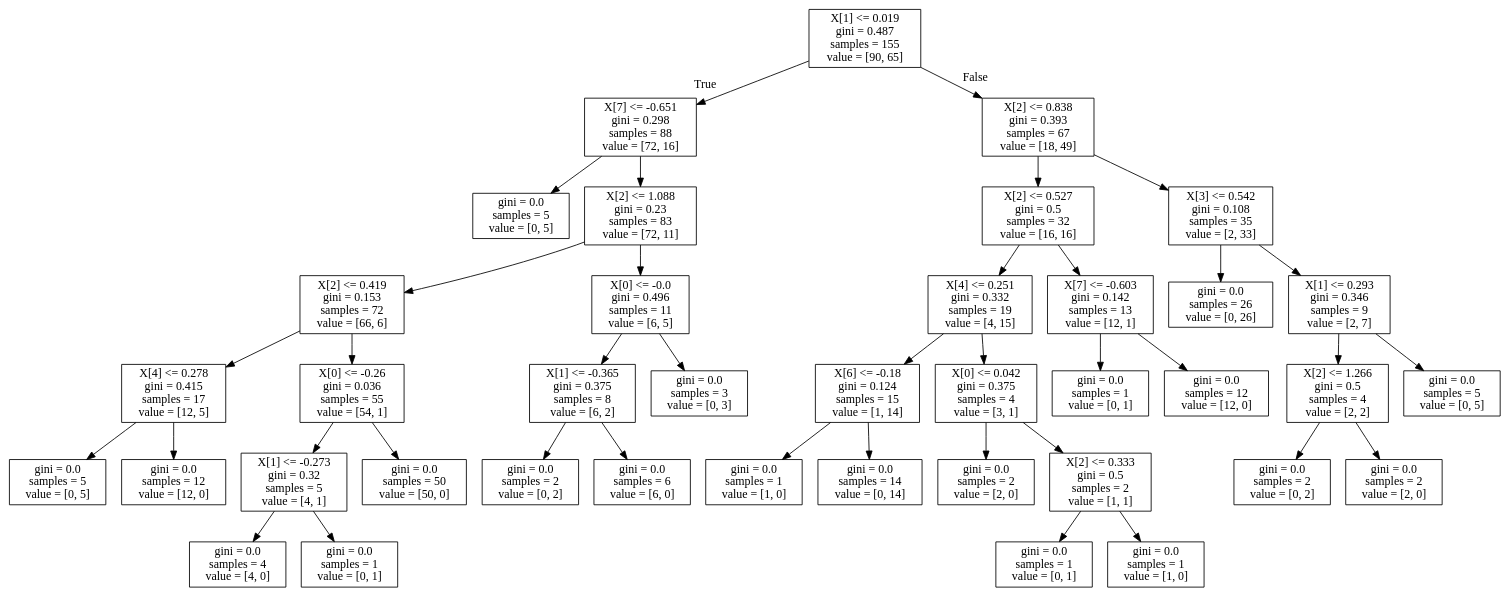
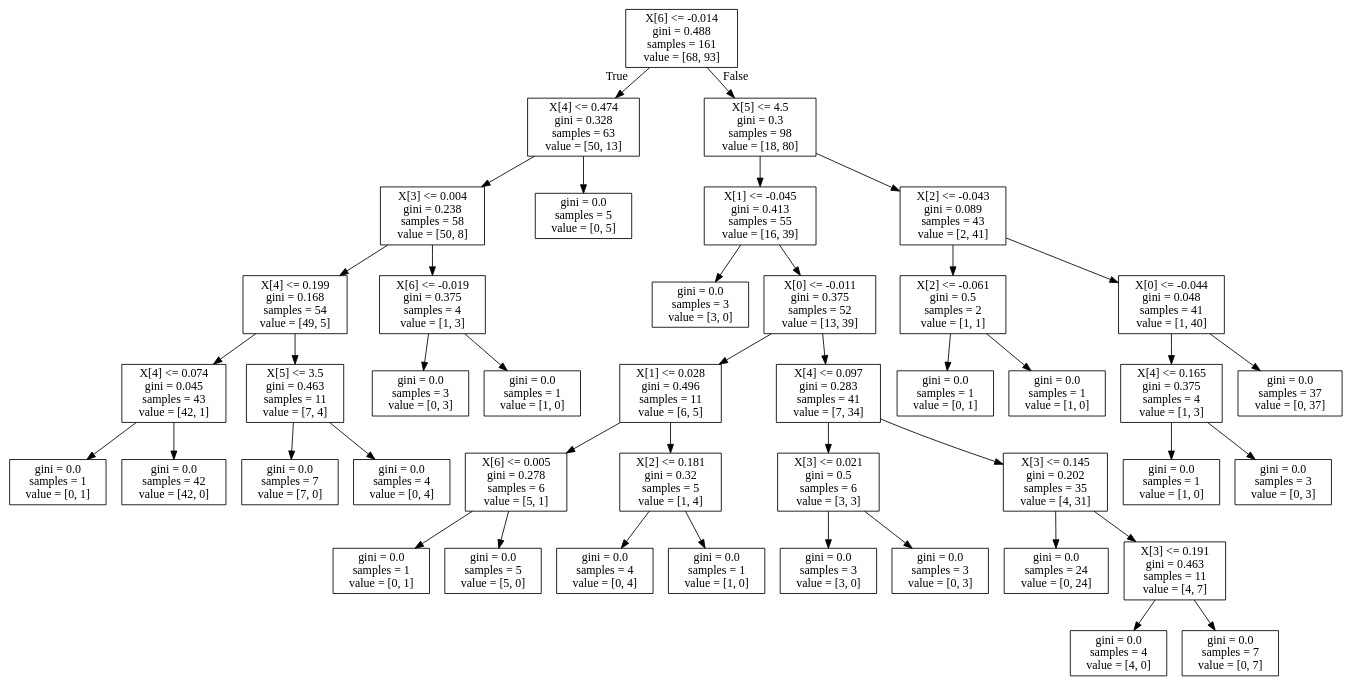
The diagram in tre.dot (LimboRift/wkzq), drawn with Graphviz before and after one commit. The commit also changed 49 other files, not shown here.

```diff
--- a/tre.dot
+++ b/tre.dot
@@ -1,80 +1,88 @@
 digraph Tree {
 node [shape=box] ;
-0 [label="X[1] <= 0.019\ngini = 0.487\nsamples = 155\nvalue = [90, 65]"] ;
-1 [label="X[7] <= -0.651\ngini = 0.298\nsamples = 88\nvalue = [72, 16]"] ;
+0 [label="X[6] <= -0.014\ngini = 0.488\nsamples = 161\nvalue = [68, 93]"] ;
+1 [label="X[4] <= 0.474\ngini = 0.328\nsamples = 63\nvalue = [50, 13]"] ;
 0 -> 1 [labeldistance=2.5, labelangle=45, headlabel="True"] ;
-2 [label="gini = 0.0\nsamples = 5\nvalue = [0, 5]"] ;
+2 [label="X[3] <= 0.004\ngini = 0.238\nsamples = 58\nvalue = [50, 8]"] ;
 1 -> 2 ;
-3 [label="X[2] <= 1.088\ngini = 0.23\nsamples = 83\nvalue = [72, 11]"] ;
-1 -> 3 ;
-4 [label="X[2] <= 0.419\ngini = 0.153\nsamples = 72\nvalue = [66, 6]"] ;
+3 [label="X[4] <= 0.199\ngini = 0.168\nsamples = 54\nvalue = [49, 5]"] ;
+2 -> 3 ;
+4 [label="X[4] <= 0.074\ngini = 0.045\nsamples = 43\nvalue = [42, 1]"] ;
 3 -> 4 ;
-5 [label="X[4] <= 0.278\ngini = 0.415\nsamples = 17\nvalue = [12, 5]"] ;
+5 [label="gini = 0.0\nsamples = 1\nvalue = [0, 1]"] ;
 4 -> 5 ;
-6 [label="gini = 0.0\nsamples = 5\nvalue = [0, 5]"] ;
-5 -> 6 ;
-7 [label="gini = 0.0\nsamples = 12\nvalue = [12, 0]"] ;
-5 -> 7 ;
-8 [label="X[0] <= -0.26\ngini = 0.036\nsamples = 55\nvalue = [54, 1]"] ;
-4 -> 8 ;
-9 [label="X[1] <= -0.273\ngini = 0.32\nsamples = 5\nvalue = [4, 1]"] ;
-8 -> 9 ;
-10 [label="gini = 0.0\nsamples = 4\nvalue = [4, 0]"] ;
-9 -> 10 ;
-11 [label="gini = 0.0\nsamples = 1\nvalue = [0, 1]"] ;
-9 -> 11 ;
-12 [label="gini = 0.0\nsamples = 50\nvalue = [50, 0]"] ;
-8 -> 12 ;
-13 [label="X[0] <= -0.0\ngini = 0.496\nsamples = 11\nvalue = [6, 5]"] ;
-3 -> 13 ;
-14 [label="X[1] <= -0.365\ngini = 0.375\nsamples = 8\nvalue = [6, 2]"] ;
-13 -> 14 ;
-15 [label="gini = 0.0\nsamples = 2\nvalue = [0, 2]"] ;
+6 [label="gini = 0.0\nsamples = 42\nvalue = [42, 0]"] ;
+4 -> 6 ;
+7 [label="X[5] <= 3.5\ngini = 0.463\nsamples = 11\nvalue = [7, 4]"] ;
+3 -> 7 ;
+8 [label="gini = 0.0\nsamples = 7\nvalue = [7, 0]"] ;
+7 -> 8 ;
+9 [label="gini = 0.0\nsamples = 4\nvalue = [0, 4]"] ;
+7 -> 9 ;
+10 [label="X[6] <= -0.019\ngini = 0.375\nsamples = 4\nvalue = [1, 3]"] ;
+2 -> 10 ;
+11 [label="gini = 0.0\nsamples = 3\nvalue = [0, 3]"] ;
+10 -> 11 ;
+12 [label="gini = 0.0\nsamples = 1\nvalue = [1, 0]"] ;
+10 -> 12 ;
+13 [label="gini = 0.0\nsamples = 5\nvalue = [0, 5]"] ;
+1 -> 13 ;
+14 [label="X[5] <= 4.5\ngini = 0.3\nsamples = 98\nvalue = [18, 80]"] ;
+0 -> 14 [labeldistance=2.5, labelangle=-45, headlabel="False"] ;
+15 [label="X[1] <= -0.045\ngini = 0.413\nsamples = 55\nvalue = [16, 39]"] ;
 14 -> 15 ;
-16 [label="gini = 0.0\nsamples = 6\nvalue = [6, 0]"] ;
-14 -> 16 ;
-17 [label="gini = 0.0\nsamples = 3\nvalue = [0, 3]"] ;
-13 -> 17 ;
-18 [label="X[2] <= 0.838\ngini = 0.393\nsamples = 67\nvalue = [18, 49]"] ;
-0 -> 18 [labeldistance=2.5, labelangle=-45, headlabel="False"] ;
-19 [label="X[2] <= 0.527\ngini = 0.5\nsamples = 32\nvalue = [16, 16]"] ;
+16 [label="gini = 0.0\nsamples = 3\nvalue = [3, 0]"] ;
+15 -> 16 ;
+17 [label="X[0] <= -0.011\ngini = 0.375\nsamples = 52\nvalue = [13, 39]"] ;
+15 -> 17 ;
+18 [label="X[1] <= 0.028\ngini = 0.496\nsamples = 11\nvalue = [6, 5]"] ;
+17 -> 18 ;
+19 [label="X[6] <= 0.005\ngini = 0.278\nsamples = 6\nvalue = [5, 1]"] ;
 18 -> 19 ;
-20 [label="X[4] <= 0.251\ngini = 0.332\nsamples = 19\nvalue = [4, 15]"] ;
+20 [label="gini = 0.0\nsamples = 1\nvalue = [0, 1]"] ;
 19 -> 20 ;
-21 [label="X[6] <= -0.18\ngini = 0.124\nsamples = 15\nvalue = [1, 14]"] ;
-20 -> 21 ;
-22 [label="gini = 0.0\nsamples = 1\nvalue = [1, 0]"] ;
-21 -> 22 ;
-23 [label="gini = 0.0\nsamples = 14\nvalue = [0, 14]"] ;
-21 -> 23 ;
-24 [label="X[0] <= 0.042\ngini = 0.375\nsamples = 4\nvalue = [3, 1]"] ;
-20 -> 24 ;
-25 [label="gini = 0.0\nsamples = 2\nvalue = [2, 0]"] ;
-24 -> 25 ;
-26 [label="X[2] <= 0.333\ngini = 0.5\nsamples = 2\nvalue = [1, 1]"] ;
-24 -> 26 ;
-27 [label="gini = 0.0\nsamples = 1\nvalue = [0, 1]"] ;
+21 [label="gini = 0.0\nsamples = 5\nvalue = [5, 0]"] ;
+19 -> 21 ;
+22 [label="X[2] <= 0.181\ngini = 0.32\nsamples = 5\nvalue = [1, 4]"] ;
+18 -> 22 ;
+23 [label="gini = 0.0\nsamples = 4\nvalue = [0, 4]"] ;
+22 -> 23 ;
+24 [label="gini = 0.0\nsamples = 1\nvalue = [1, 0]"] ;
+22 -> 24 ;
+25 [label="X[4] <= 0.097\ngini = 0.283\nsamples = 41\nvalue = [7, 34]"] ;
+17 -> 25 ;
+26 [label="X[3] <= 0.021\ngini = 0.5\nsamples = 6\nvalue = [3, 3]"] ;
+25 -> 26 ;
+27 [label="gini = 0.0\nsamples = 3\nvalue = [3, 0]"] ;
 26 -> 27 ;
-28 [label="gini = 0.0\nsamples = 1\nvalue = [1, 0]"] ;
+28 [label="gini = 0.0\nsamples = 3\nvalue = [0, 3]"] ;
 26 -> 28 ;
-29 [label="X[7] <= -0.603\ngini = 0.142\nsamples = 13\nvalue = [12, 1]"] ;
-19 -> 29 ;
-30 [label="gini = 0.0\nsamples = 1\nvalue = [0, 1]"] ;
+29 [label="X[3] <= 0.145\ngini = 0.202\nsamples = 35\nvalue = [4, 31]"] ;
+25 -> 29 ;
+30 [label="gini = 0.0\nsamples = 24\nvalue = [0, 24]"] ;
 29 -> 30 ;
-31 [label="gini = 0.0\nsamples = 12\nvalue = [12, 0]"] ;
+31 [label="X[3] <= 0.191\ngini = 0.463\nsamples = 11\nvalue = [4, 7]"] ;
 29 -> 31 ;
-32 [label="X[3] <= 0.542\ngini = 0.108\nsamples = 35\nvalue = [2, 33]"] ;
-18 -> 32 ;
-33 [label="gini = 0.0\nsamples = 26\nvalue = [0, 26]"] ;
-32 -> 33 ;
-34 [label="X[1] <= 0.293\ngini = 0.346\nsamples = 9\nvalue = [2, 7]"] ;
-32 -> 34 ;
-35 [label="X[2] <= 1.266\ngini = 0.5\nsamples = 4\nvalue = [2, 2]"] ;
+32 [label="gini = 0.0\nsamples = 4\nvalue = [4, 0]"] ;
+31 -> 32 ;
+33 [label="gini = 0.0\nsamples = 7\nvalue = [0, 7]"] ;
+31 -> 33 ;
+34 [label="X[2] <= -0.043\ngini = 0.089\nsamples = 43\nvalue = [2, 41]"] ;
+14 -> 34 ;
+35 [label="X[2] <= -0.061\ngini = 0.5\nsamples = 2\nvalue = [1, 1]"] ;
 34 -> 35 ;
-36 [label="gini = 0.0\nsamples = 2\nvalue = [0, 2]"] ;
+36 [label="gini = 0.0\nsamples = 1\nvalue = [0, 1]"] ;
 35 -> 36 ;
-37 [label="gini = 0.0\nsamples = 2\nvalue = [2, 0]"] ;
+37 [label="gini = 0.0\nsamples = 1\nvalue = [1, 0]"] ;
 35 -> 37 ;
-38 [label="gini = 0.0\nsamples = 5\nvalue = [0, 5]"] ;
+38 [label="X[0] <= -0.044\ngini = 0.048\nsamples = 41\nvalue = [1, 40]"] ;
 34 -> 38 ;
+39 [label="X[4] <= 0.165\ngini = 0.375\nsamples = 4\nvalue = [1, 3]"] ;
+38 -> 39 ;
+40 [label="gini = 0.0\nsamples = 1\nvalue = [1, 0]"] ;
+39 -> 40 ;
+41 [label="gini = 0.0\nsamples = 3\nvalue = [0, 3]"] ;
+39 -> 41 ;
+42 [label="gini = 0.0\nsamples = 37\nvalue = [0, 37]"] ;
+38 -> 42 ;
 }
```
